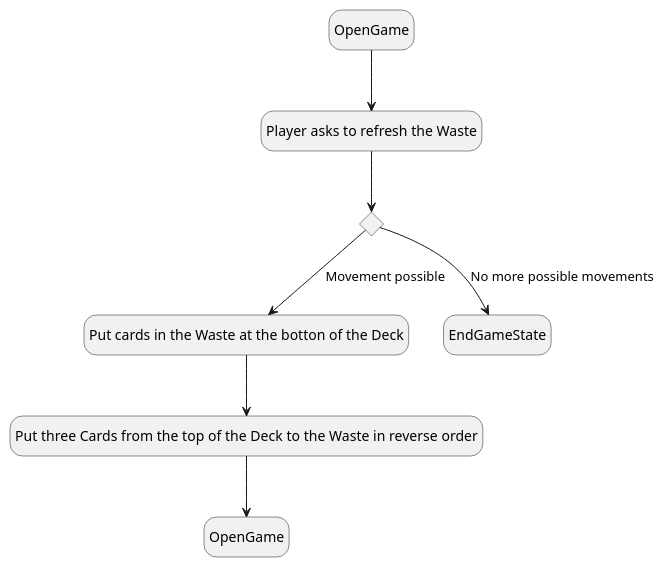
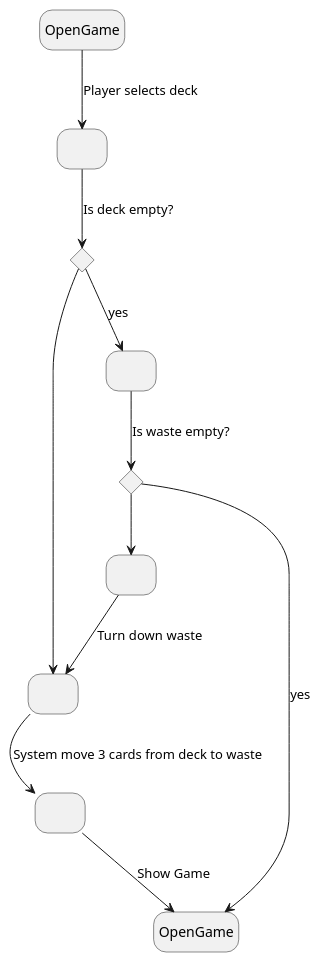
One commit to Troteaga/klondike changed the second of 15 diagrams in docs/UseCases.plantuml. Above: the diagram before and after it, drawn with PlantUML. The commit also changed other lines of this file and 5 other files, not shown here.

```diff
--- a/docs/UseCases.plantuml
+++ b/docs/UseCases.plantuml
@@ -17,17 +10,22 @@
-@startuml Player Flips Deck
-
-state choice1 <<choice>> 
+@startuml Player Flips Card from Deck
+state isEmpty <<choice>> 
+state isWasteEmpty <<choice>>
 hide empty description 
 state "OpenGame" as 0
-state "Player asks to refresh the Waste" as 1
-state "Put cards in the Waste at the botton of the Deck" as 2
-state "Put three Cards from the top of the Deck to the Waste in reverse order" as 3
+state " " as 1
+state " " as 2
+state " " as 3
+state " " as 4
+state " " as 5
 
-0 -down-> 1
-
-1 -down-> choice1
-choice1 -down-> 2: Movement possible
-choice1 -down-> EndGameState: No more possible movements
-2 -down-> 3
-3-down-> OpenGame
+0 -down-> 1: Player selects deck
+1 -down-> isEmpty: Is deck empty?
+isEmpty -down-> 2
+isEmpty --> 4: yes
+2 --> 3: System move 3 cards from deck to waste
+4 --> isWasteEmpty: Is waste empty?
+isWasteEmpty -down-> OpenGame : yes
+isWasteEmpty -down-> 5 
+5-->2 : Turn down waste
+3-down-> OpenGame : Show Game
 @enduml
```
